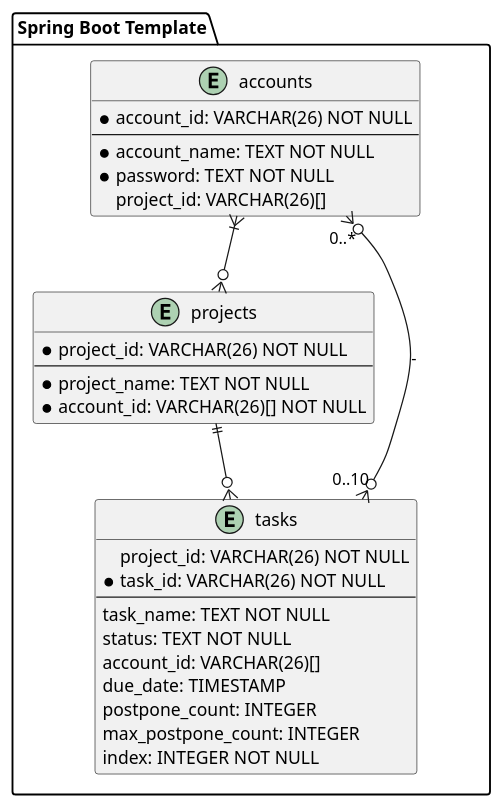
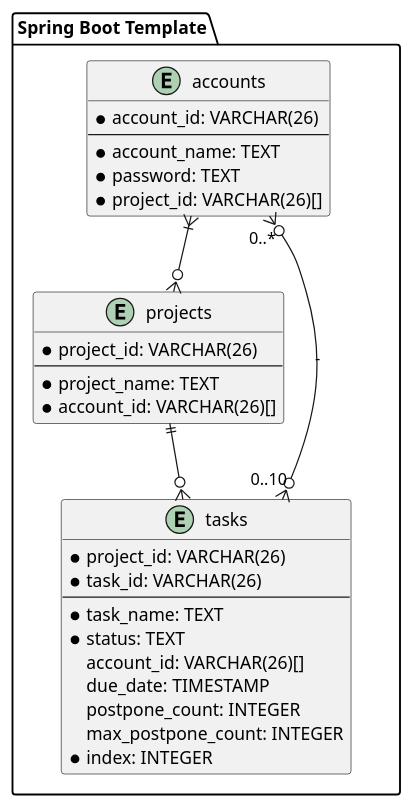
Before and after one commit to ORIKAMIxNEP/playground: the diagram in uml/entity-relationship.puml, drawn with PlantUML. The commit also changed 32 other files, not shown here.

```diff
--- a/uml/entity-relationship.puml
+++ b/uml/entity-relationship.puml
@@ -1,35 +1,35 @@
 @startuml
 package "Spring Boot Template" {
   entity accounts {
-    * account_id: VARCHAR(26) NOT NULL
+    * account_id: VARCHAR(26)
     --
-    * account_name: TEXT NOT NULL
-    * password: TEXT NOT NULL
-    project_id: VARCHAR(26)[]
+    * account_name: TEXT
+    * password: TEXT
+    * project_id: VARCHAR(26)[]
   }
 
   entity projects {
-    * project_id: VARCHAR(26) NOT NULL
+    * project_id: VARCHAR(26)
     --
-    * project_name: TEXT NOT NULL
-    * account_id: VARCHAR(26)[] NOT NULL
+    * project_name: TEXT
+    * account_id: VARCHAR(26)[]
   }
 
   entity tasks {
-    project_id: VARCHAR(26) NOT NULL
-    * task_id: VARCHAR(26) NOT NULL
+    * project_id: VARCHAR(26)
+    * task_id: VARCHAR(26)
     --
-    task_name: TEXT NOT NULL
-    status: TEXT NOT NULL
+    * task_name: TEXT
+    * status: TEXT
     account_id: VARCHAR(26)[]
     due_date: TIMESTAMP
     postpone_count: INTEGER
     max_postpone_count: INTEGER
-    index: INTEGER NOT NULL
+    * index: INTEGER
   }
 }
 
 accounts }|--o{ projects
 projects ||--o{ tasks
 tasks }o--o{ accounts: "0..10" - "0..*"
 @enduml
```
